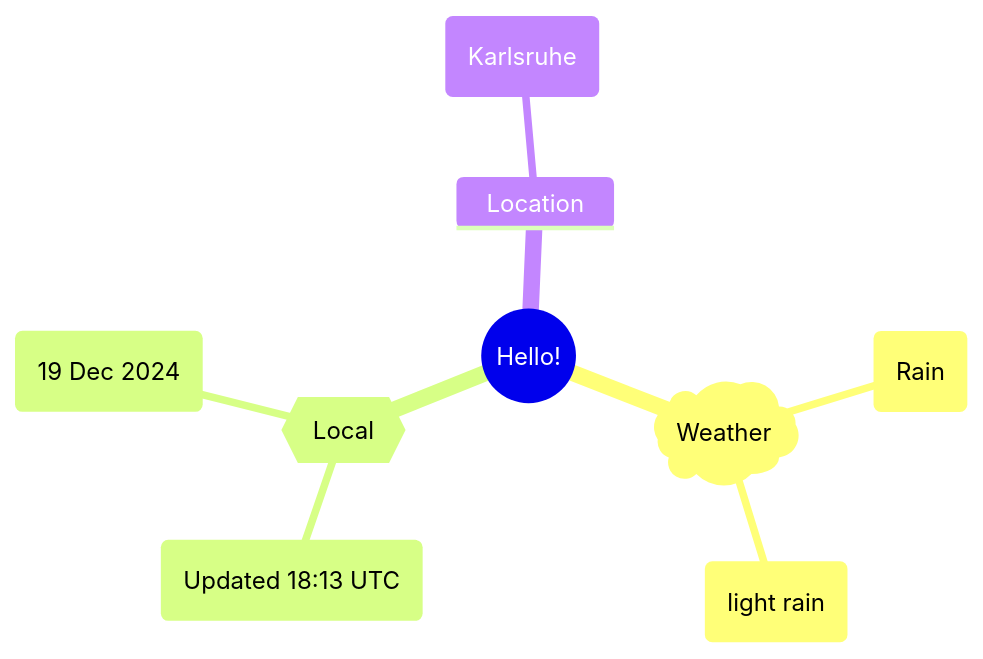
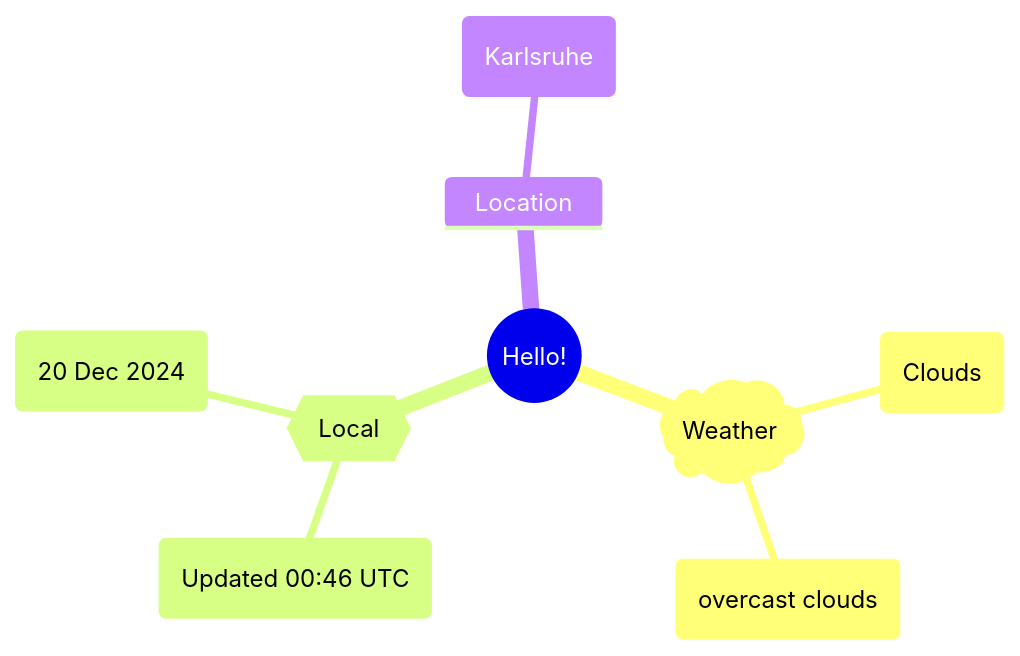
One commit to Xosrov/Xosrov changed the first of 2 diagrams in README.md. Above: the diagram before and after it, drawn with Mermaid.

Commit message:
[bot] updated images

````diff
--- a/README.md
+++ b/README.md
@@ -3,12 +3,12 @@
 ```mermaid
 mindmap
   root((Hello!))
     )Weather(
-        (Rain)
-        (light rain)
+        (Clouds)
+        (overcast clouds)
     {{Local}}
-        (Updated 18:13 UTC)
-        (19 Dec 2024)
+        (Updated 00:46 UTC)
+        (20 Dec 2024)
     Location
         (Karlsruhe)
 ```
````
